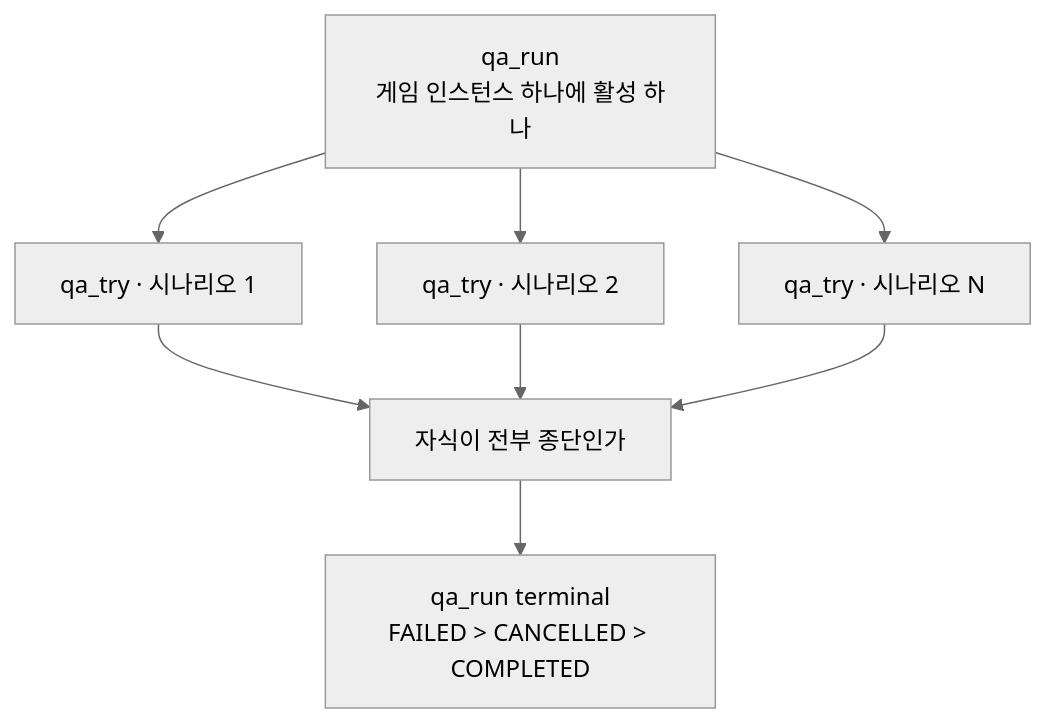
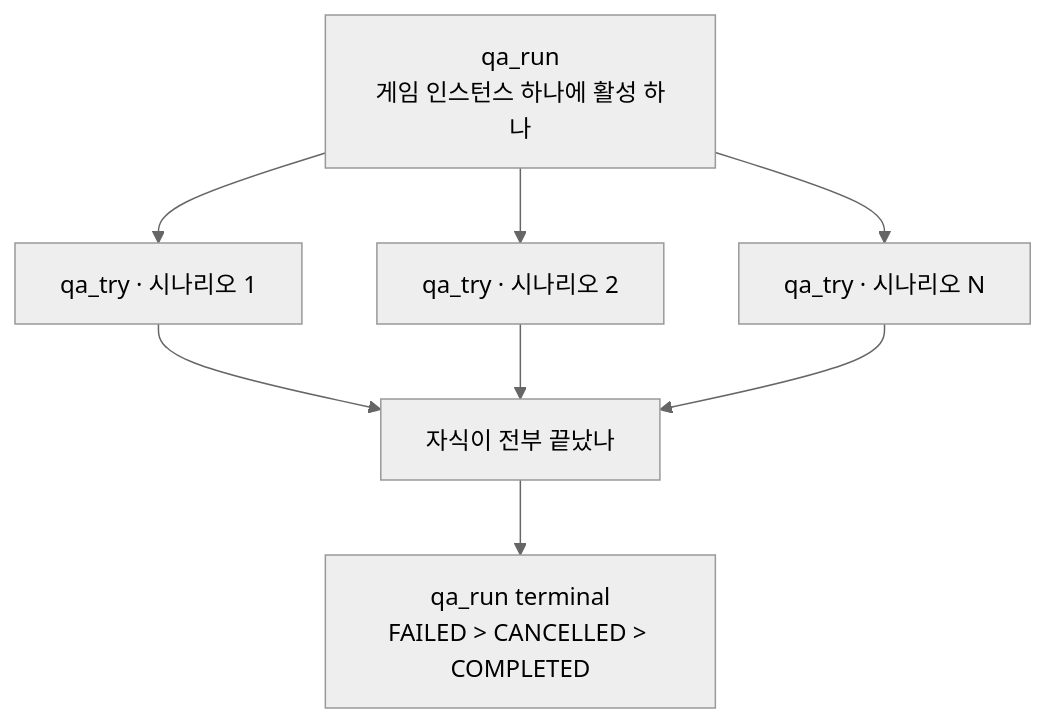
Before and after one commit to project-artel/artel-orchestration-server: the diagram in docs/architecture.md, drawn with Mermaid (neutral theme). The commit also changed other lines of this file and 7 other files, not shown here.

````diff
--- a/docs/architecture.md
+++ b/docs/architecture.md
@@ -75,14 +75,14 @@
 ```mermaid
 flowchart TB
     run["qa_run<br>게임 인스턴스 하나에 활성 하나"]
     t1["qa_try · 시나리오 1"]
     t2["qa_try · 시나리오 2"]
     tn["qa_try · 시나리오 N"]
-    roll["자식이 전부 종단인가"]
+    roll["자식이 전부 끝났나"]
     term["qa_run terminal<br>FAILED > CANCELLED > COMPLETED"]
 
     run --> t1 --> roll
     run --> t2 --> roll
     run --> tn --> roll
     roll --> term
 ```
````
